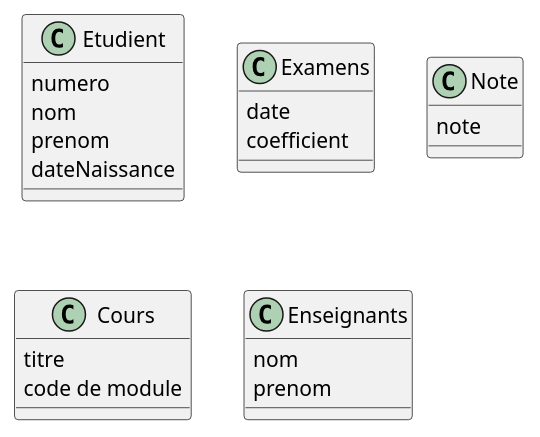
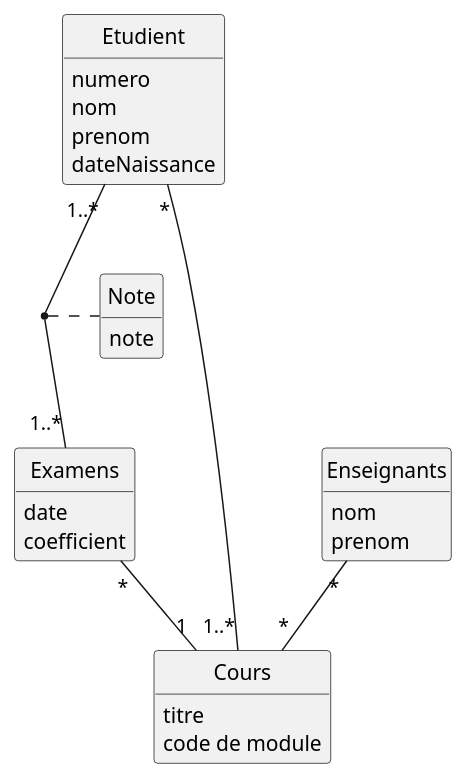
One commit to IUT-Blagnac/bcoo-YodYaya changed the diagram in TD1.2.1.plantuml. Above: the diagram before and after it, drawn with PlantUML. The commit also changed other lines of this file, not shown here.

```diff
--- a/TD1.2.1.plantuml
+++ b/TD1.2.1.plantuml
@@ -1,30 +2,41 @@
-@startuml
+@startuml Examens
+
+hide circle
+hide empty members
+hide empty methods
 
 
 class Etudient {  
   numero
   nom
   prenom
   dateNaissance  
   }
 
 class Examens {  
  date
  coefficient  
   }
 
-class Note{
+class Note {
   note  
   }
 
 class Cours{
   titre
   code de module  
   }
 class Enseignants{
   nom
   prenom  
   }
 
+Etudient "*" -- "1..*" Cours
+Examens "*" -- "1" Cours
+Etudient "1..*" -- "1..*" Examens
+(Etudient, Examens) . Note
+Enseignants "*" -- "*" Cours
+
+
 
 @enduml
```
